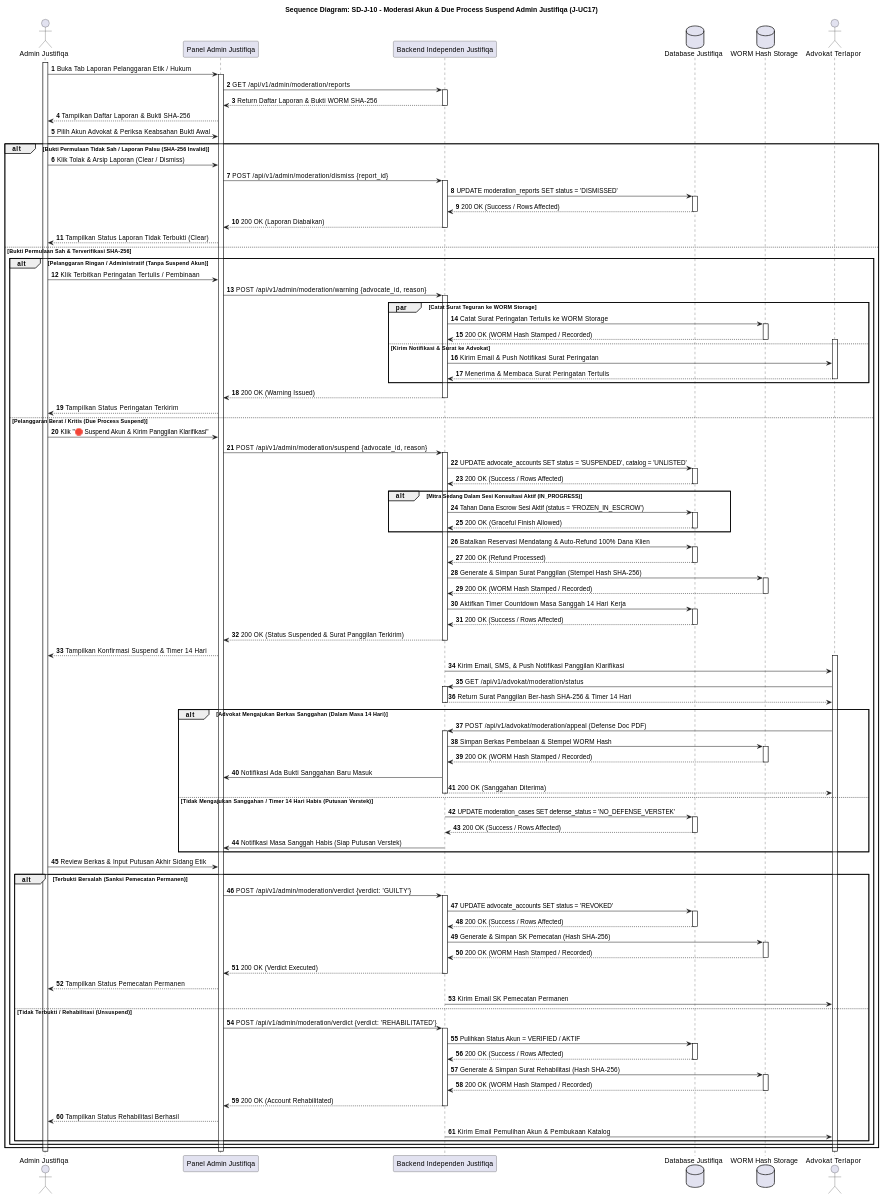
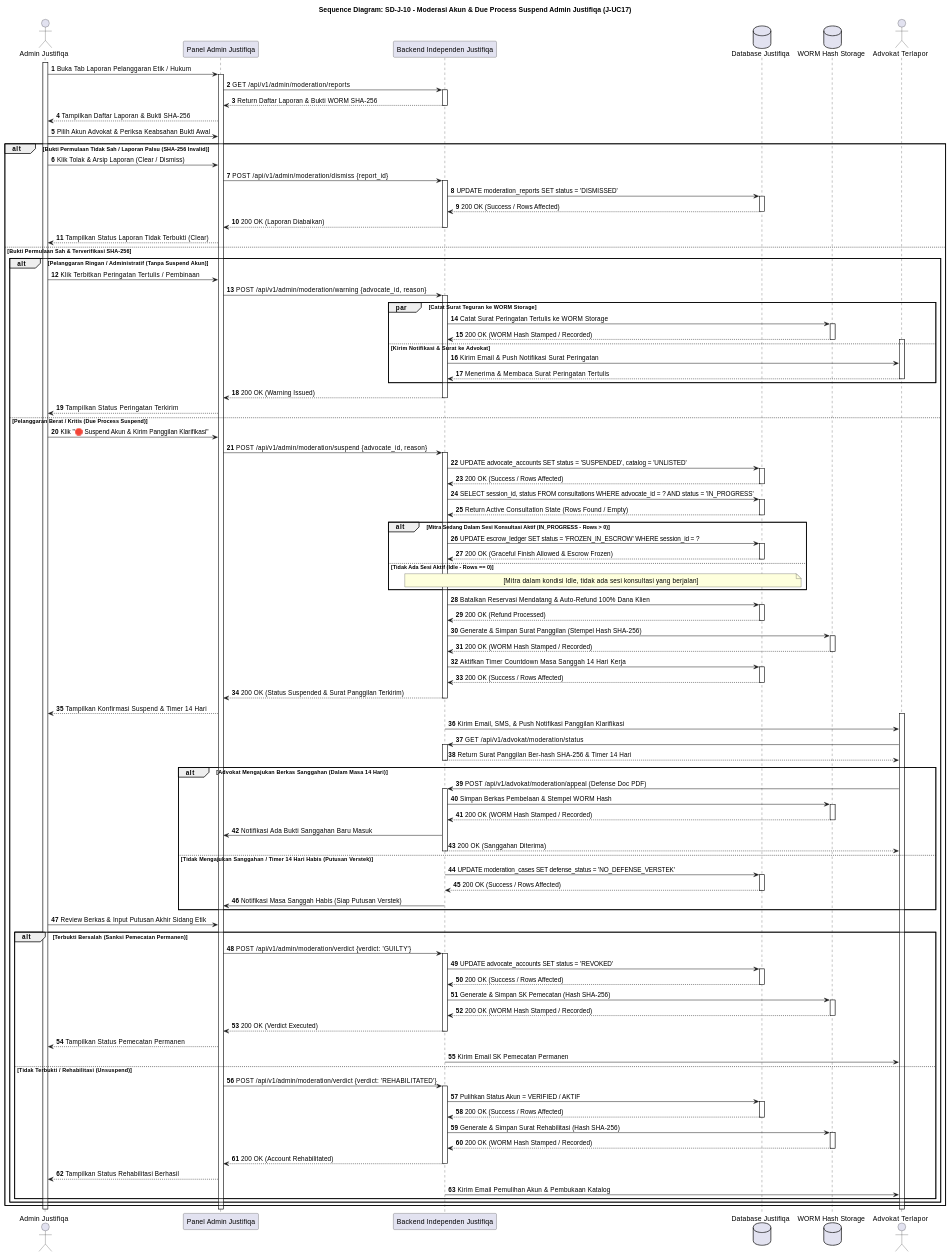
One commit to tupperwureism/SuperApp-Gagal changed the tenth of 28 diagrams in MarkDown/plantuml_sequence_diagrams.md. Above: the diagram before and after it, drawn with PlantUML.

Commit message:
fix(moderation): add explicit SELECT query for active consultation state before alt condition in SD-J-10

```diff
--- a/MarkDown/plantuml_sequence_diagrams.md
+++ b/MarkDown/plantuml_sequence_diagrams.md
@@ -587,9 +587,13 @@
         FE -> BE ++ : POST /api/v1/admin/moderation/suspend {advocate_id, reason}
         BE -> DB ++ : UPDATE advocate_accounts SET status = 'SUSPENDED', catalog = 'UNLISTED'
         DB --> BE -- : 200 OK (Success / Rows Affected)
-        alt Mitra Sedang Dalam Sesi Konsultasi Aktif (IN_PROGRESS)
-            BE -> DB ++ : Tahan Dana Escrow Sesi Aktif (status = 'FROZEN_IN_ESCROW')
-            DB --> BE -- : 200 OK (Graceful Finish Allowed)
+        BE -> DB ++ : SELECT session_id, status FROM consultations WHERE advocate_id = ? AND status = 'IN_PROGRESS'
+        DB --> BE -- : Return Active Consultation State (Rows Found / Empty)
+        alt Mitra Sedang Dalam Sesi Konsultasi Aktif (IN_PROGRESS - Rows > 0)
+            BE -> DB ++ : UPDATE escrow_ledger SET status = 'FROZEN_IN_ESCROW' WHERE session_id = ?
+            DB --> BE -- : 200 OK (Graceful Finish Allowed & Escrow Frozen)
+        else Tidak Ada Sesi Aktif (Idle - Rows == 0)
+            note over BE, DB : [Mitra dalam kondisi Idle, tidak ada sesi konsultasi yang berjalan]
         end
         BE -> DB ++ : Batalkan Reservasi Mendatang & Auto-Refund 100% Dana Klien
         DB --> BE -- : 200 OK (Refund Processed)
```
